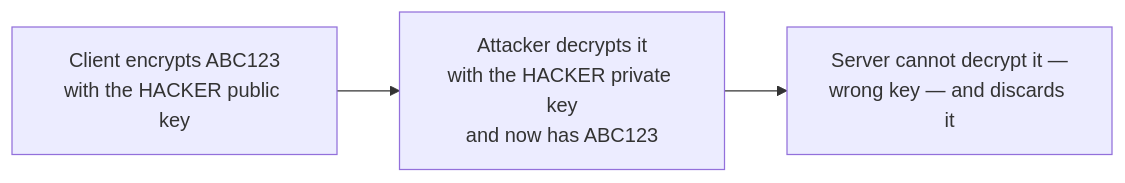
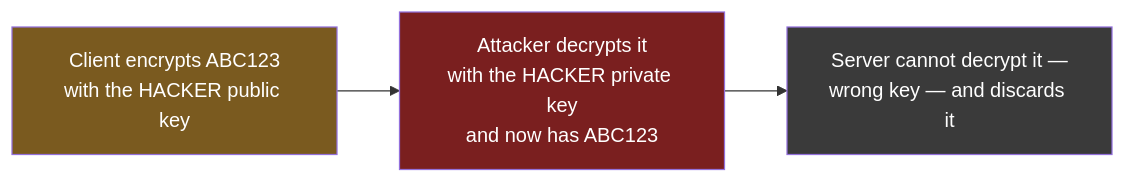
Before and after one commit to Dummy-Bug/system-design-handbook: the second of 6 diagrams in Devops/04-Networking/10-Certificates-And-Trust.md, drawn with Mermaid. The commit also changed other lines of this file and 53 other files, not shown here.

````diff
--- a/Devops/04-Networking/10-Certificates-And-Trust.md
+++ b/Devops/04-Networking/10-Certificates-And-Trust.md
@@ -19,5 +22,8 @@
 ```mermaid
 flowchart LR
     C["Client encrypts ABC123<br/>with the HACKER public key"] --> H2["Attacker decrypts it<br/>with the HACKER private key<br/>and now has ABC123"]
     H2 --> S2["Server cannot decrypt it —<br/>wrong key — and discards it"]
+    style C fill:#7a5a1f,color:#fff
+    style H2 fill:#7a1f1f,color:#fff
+    style S2 fill:#3a3a3a,color:#fff
 ```
````
